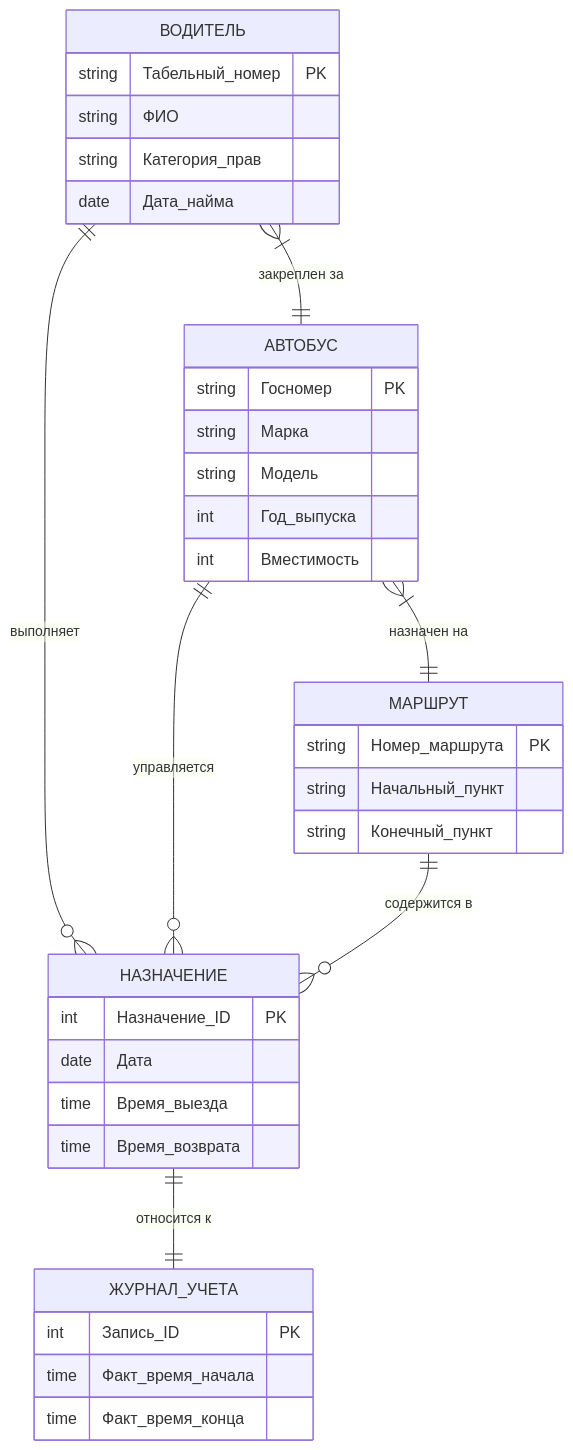
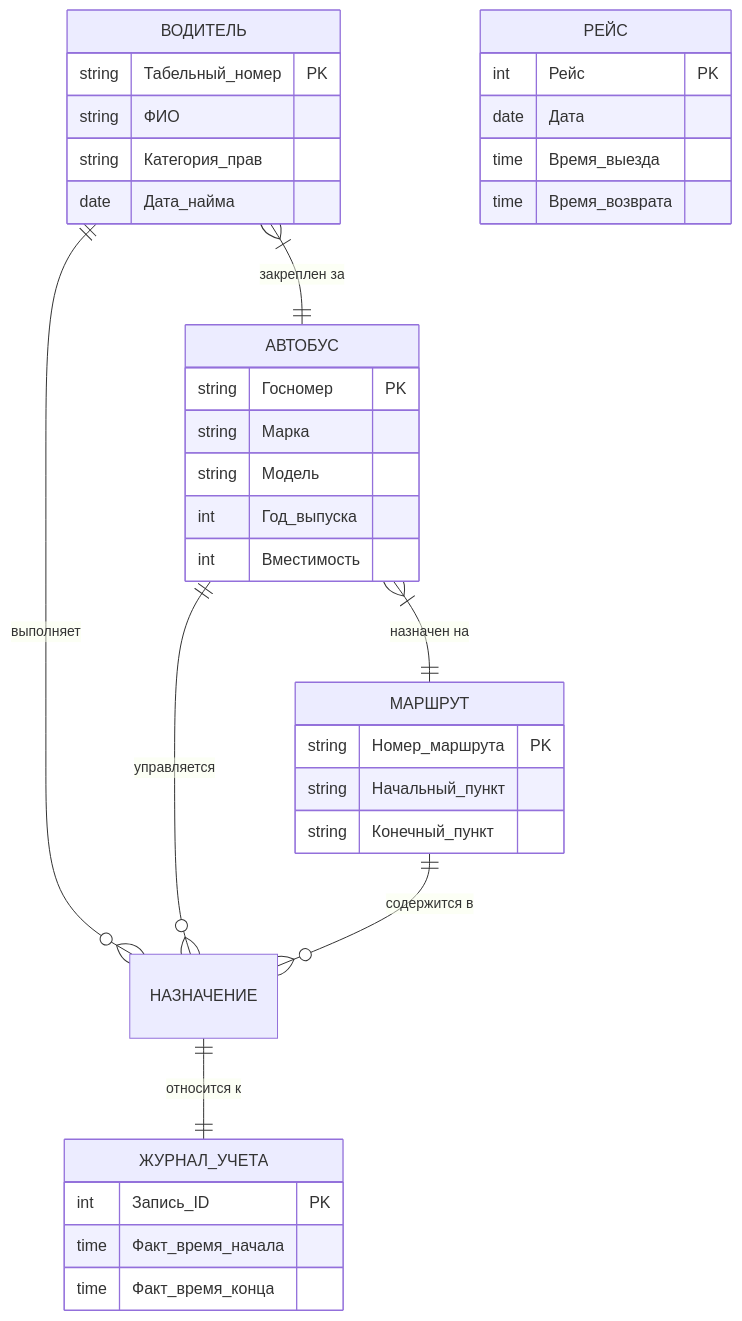
One commit to kirill483/nenew changed the diagram in README.md. Above: the diagram before and after it, drawn with Mermaid.

````diff
--- a/README.md
+++ b/README.md
@@ -1,43 +1,43 @@
 ```mermaid
 erDiagram
     ВОДИТЕЛЬ {
         string Табельный_номер PK
         string ФИО
         string Категория_прав
         date Дата_найма
     }
 
     АВТОБУС {
         string Госномер PK
         string Марка
         string Модель
         int Год_выпуска
         int Вместимость
     }
 
     МАРШРУТ {
         string Номер_маршрута PK
         string Начальный_пункт
         string Конечный_пункт
     }
 
-    НАЗНАЧЕНИЕ {
-        int Назначение_ID PK
+    РЕЙС  {
+        int Рейс PK
         date Дата
         time Время_выезда
         time Время_возврата
     }
 
     ЖУРНАЛ_УЧЕТА {
         int Запись_ID PK
         time Факт_время_начала
         time Факт_время_конца
     }
 
     ВОДИТЕЛЬ ||--o{ НАЗНАЧЕНИЕ : "выполняет"
     АВТОБУС ||--o{ НАЗНАЧЕНИЕ : "управляется"
     МАРШРУТ ||--o{ НАЗНАЧЕНИЕ : "содержится в"
     НАЗНАЧЕНИЕ ||--|| ЖУРНАЛ_УЧЕТА : "относится к"
     ВОДИТЕЛЬ }|--|| АВТОБУС : "закреплен за"
     АВТОБУС }|--|| МАРШРУТ : "назначен на"
 ```
````
